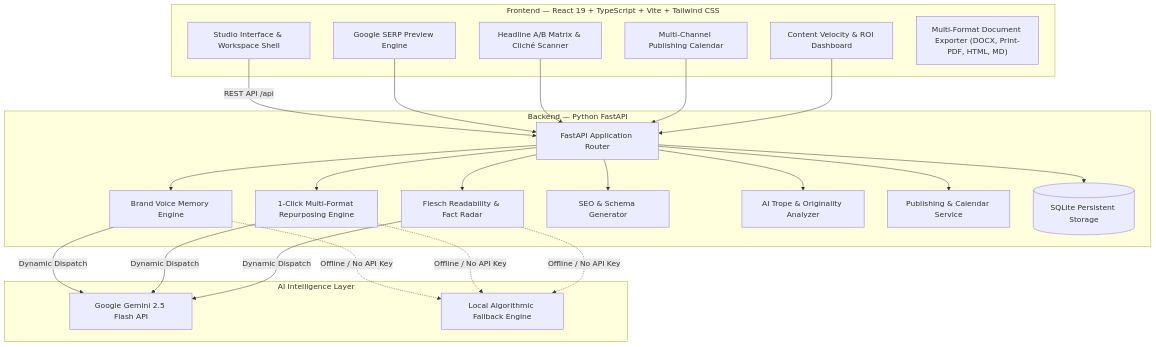
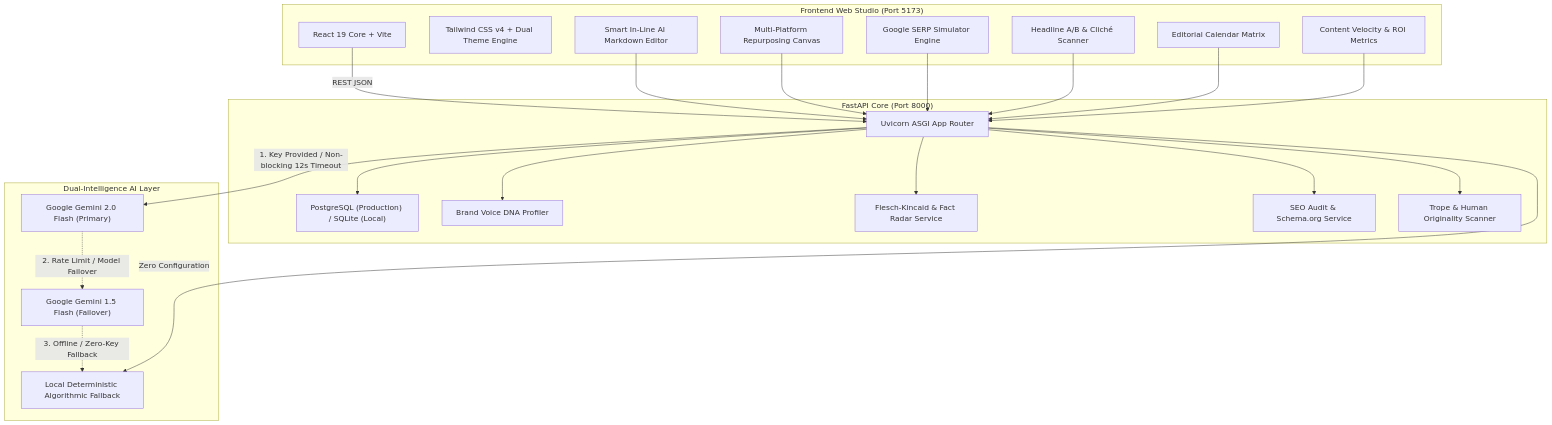
Before and after one commit to mrunal-t2005/Writara: the diagram in README.md, drawn with Mermaid. The commit also changed other lines of this file, not shown here.

````diff
--- a/README.md
+++ b/README.md
@@ -55,48 +106,47 @@
 ```mermaid
 flowchart TD
-    subgraph Client ["Frontend — React 19 + TypeScript + Vite + Tailwind CSS"]
-        UI["Studio Interface & Workspace Shell"]
-        SERP["Google SERP Preview Engine"]
-        ABView["Headline A/B Matrix & Cliché Scanner"]
-        CalView["Multi-Channel Publishing Calendar"]
-        AnalyticsView["Content Velocity & ROI Dashboard"]
-        ExportEngine["Multi-Format Document Exporter (DOCX, Print-PDF, HTML, MD)"]
+    subgraph Frontend ["Frontend Web Studio (Port 5173)"]
+        UI["React 19 Core + Vite"]
+        Tailwind["Tailwind CSS v4 + Dual Theme Engine"]
+        Editor["Smart In-Line AI Markdown Editor"]
+        Repurposer["Multi-Platform Repurposing Canvas"]
+        SERP["Google SERP Simulator Engine"]
+        ABTest["Headline A/B & Cliché Scanner"]
+        Calendar["Editorial Calendar Matrix"]
+        Analytics["Content Velocity & ROI Metrics"]
     end
 
-    subgraph Server ["Backend — Python FastAPI"]
-        Router["FastAPI Application Router"]
-        BVoiceEngine["Brand Voice Memory Engine"]
-        RepurposeEngine["1-Click Multi-Format Repurposing Engine"]
-        AuditEngine["Flesch Readability & Fact Radar"]
-        SeoEngine["SEO & Schema Generator"]
-        ClicheEngine["AI Trope & Originality Analyzer"]
-        CalendarEngine["Publishing & Calendar Service"]
-        DB[(SQLite Persistent Storage)]
+    subgraph Backend ["FastAPI Core (Port 8000)"]
+        Router["Uvicorn ASGI App Router"]
+        DBEngine["PostgreSQL (Production) / SQLite (Local)"]
+        BrandVoiceSvc["Brand Voice DNA Profiler"]
+        AuditSvc["Flesch-Kincaid & Fact Radar Service"]
+        SEOSvc["SEO Audit & Schema.org Service"]
+        ClicheSvc["Trope & Human Originality Scanner"]
     end
 
-    subgraph AI ["AI Intelligence Layer"]
-        Gemini["Google Gemini 2.5 Flash API"]
-        LocalAlgorithmic["Local Algorithmic Fallback Engine"]
+    subgraph Intelligence ["Dual-Intelligence AI Layer"]
+        Gemini2["Google Gemini 2.0 Flash (Primary)"]
+        Gemini15["Google Gemini 1.5 Flash (Failover)"]
+        LocalEngine["Local Deterministic Algorithmic Fallback"]
     end
 
-    UI -->|REST API /api| Router
+    UI -->|REST JSON| Router
+    Editor --> Router
+    Repurposer --> Router
     SERP --> Router
-    ABView --> Router
-    CalView --> Router
-    AnalyticsView --> Router
+    ABTest --> Router
+    Calendar --> Router
+    Analytics --> Router
 
-    Router --> BVoiceEngine
-    Router --> RepurposeEngine
-    Router --> AuditEngine
-    Router --> SeoEngine
-    Router --> ClicheEngine
-    Router --> CalendarEngine
-    Router --> DB
+    Router --> DBEngine
+    Router --> BrandVoiceSvc
+    Router --> AuditSvc
+    Router --> SEOSvc
+    Router --> ClicheSvc
 
-    BVoiceEngine -->|Dynamic Dispatch| Gemini
-    RepurposeEngine -->|Dynamic Dispatch| Gemini
-    AuditEngine -->|Dynamic Dispatch| Gemini
-    BVoiceEngine -.->|Offline / No API Key| LocalAlgorithmic
-    RepurposeEngine -.->|Offline / No API Key| LocalAlgorithmic
-    AuditEngine -.->|Offline / No API Key| LocalAlgorithmic
+    Router -->|1. Key Provided / Non-blocking 12s Timeout| Gemini2
+    Gemini2 -.->|2. Rate Limit / Model Failover| Gemini15
+    Gemini15 -.->|3. Offline / Zero-Key Fallback| LocalEngine
+    Router -->|Zero Configuration| LocalEngine
 ```
````
